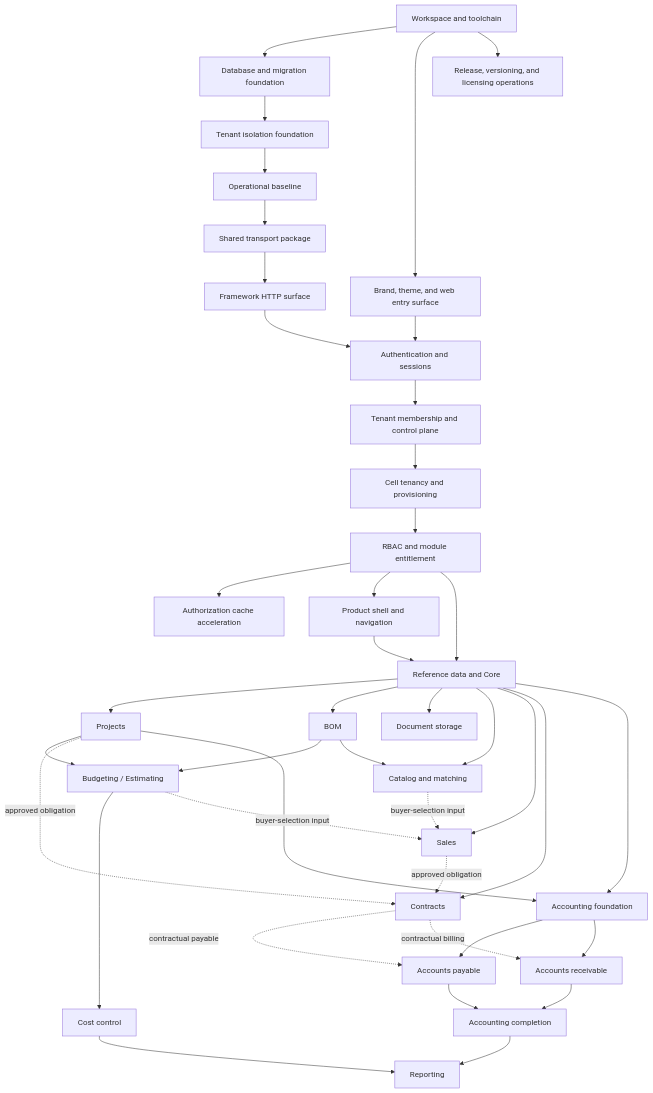
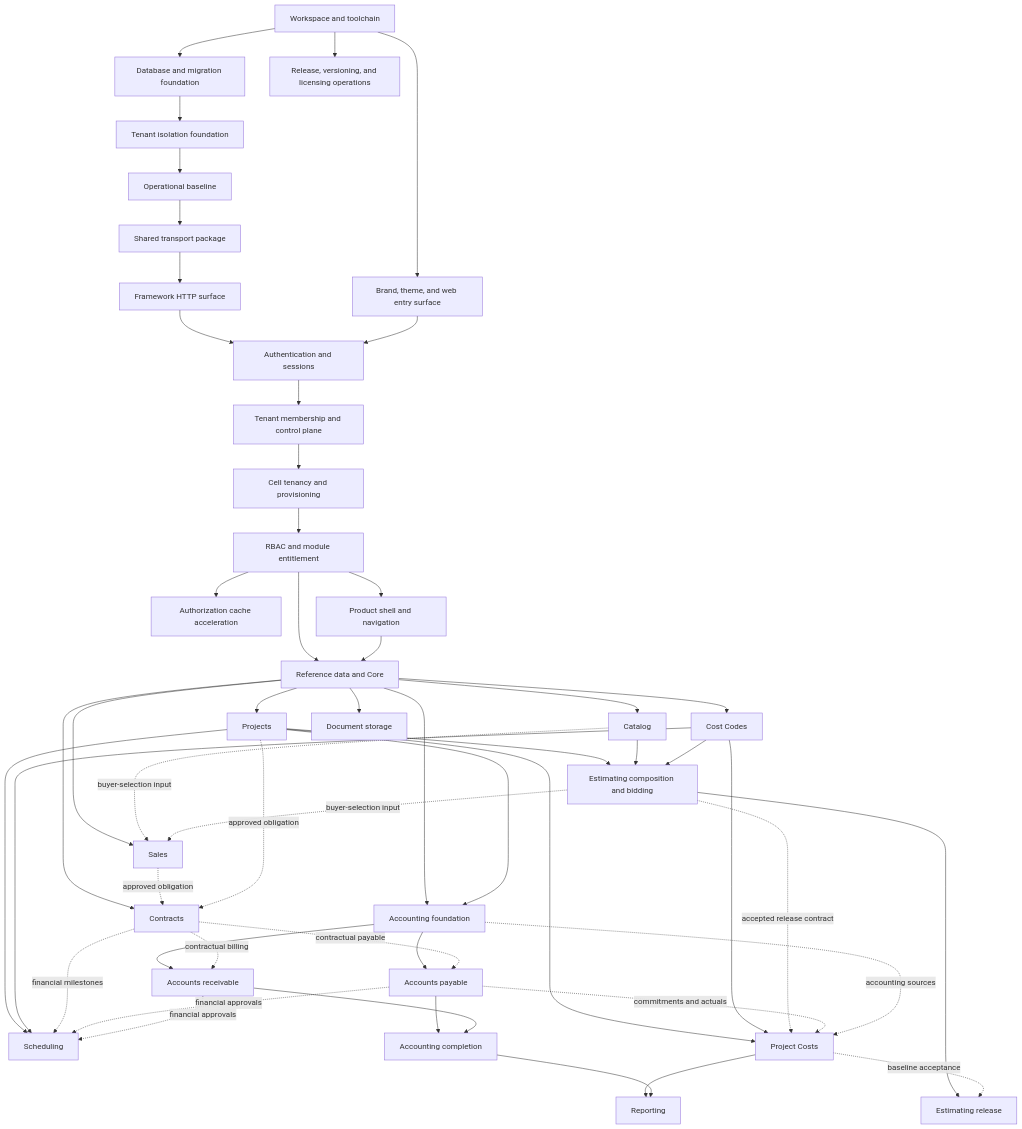
One commit to silverstone-i/nap changed the diagram in docs/roadmaps/DEVELOPMENT-ROADMAP.md. Above: the diagram before and after it, drawn with Mermaid. The commit also changed other lines of this file and 7 other files, not shown here.

````diff
--- a/docs/roadmaps/DEVELOPMENT-ROADMAP.md
+++ b/docs/roadmaps/DEVELOPMENT-ROADMAP.md
@@ -58,43 +59,54 @@
 ```mermaid
 flowchart TD
   workspace[Workspace and toolchain] --> database[Database and migration foundation]
   workspace --> entry[Brand, theme, and web entry surface]
   workspace --> release[Release, versioning, and licensing operations]
   database --> isolation[Tenant isolation foundation]
   isolation --> ops[Operational baseline]
   ops --> contracts0[Shared transport package]
   contracts0 --> framework[Framework HTTP surface]
   framework --> auth[Authentication and sessions]
   entry --> auth
   auth --> control[Tenant membership and control plane]
   control --> provisioning[Cell tenancy and provisioning]
   provisioning --> rbac[RBAC and module entitlement]
   rbac --> cache[Authorization cache acceleration]
   rbac --> shell[Product shell and navigation]
   rbac --> core[Reference data and Core]
   shell --> core
   core --> projects[Projects]
-  core --> bom[BOM]
+  core --> costCodes[Cost Codes]
+  core --> catalog[Catalog]
   core --> documents[Document storage]
-  projects --> budgeting[Budgeting / Estimating]
-  bom --> budgeting
-  budgeting --> cost[Cost control]
-  core --> catalog[Catalog and matching]
-  bom --> catalog
+  projects --> estimating[Estimating composition and bidding]
+  catalog --> estimating
+  costCodes --> estimating
+  projects --> scheduling[Scheduling]
+  costCodes --> scheduling
+  projects --> projectCosts[Project Costs]
+  costCodes --> projectCosts
+  estimating -. accepted release contract .-> projectCosts
+  estimating --> productionRelease[Estimating release]
+  projectCosts -. baseline acceptance .-> productionRelease
   core --> sales[Sales]
   catalog -. buyer-selection input .-> sales
-  budgeting -. buyer-selection input .-> sales
+  estimating -. buyer-selection input .-> sales
   core --> agreements[Contracts]
   sales -. approved obligation .-> agreements
   projects -. approved obligation .-> agreements
   core --> accounting[Accounting foundation]
   projects --> accounting
   accounting --> ap[Accounts payable]
   accounting --> ar[Accounts receivable]
   agreements -. contractual payable .-> ap
   agreements -. contractual billing .-> ar
   ap --> completion[Accounting completion]
   ar --> completion
-  cost --> reporting[Reporting]
+  ap -. commitments and actuals .-> projectCosts
+  accounting -. accounting sources .-> projectCosts
+  agreements -. financial milestones .-> scheduling
+  ap -. financial approvals .-> scheduling
+  ar -. financial approvals .-> scheduling
+  projectCosts --> reporting[Reporting]
   completion --> reporting
 ```
````
